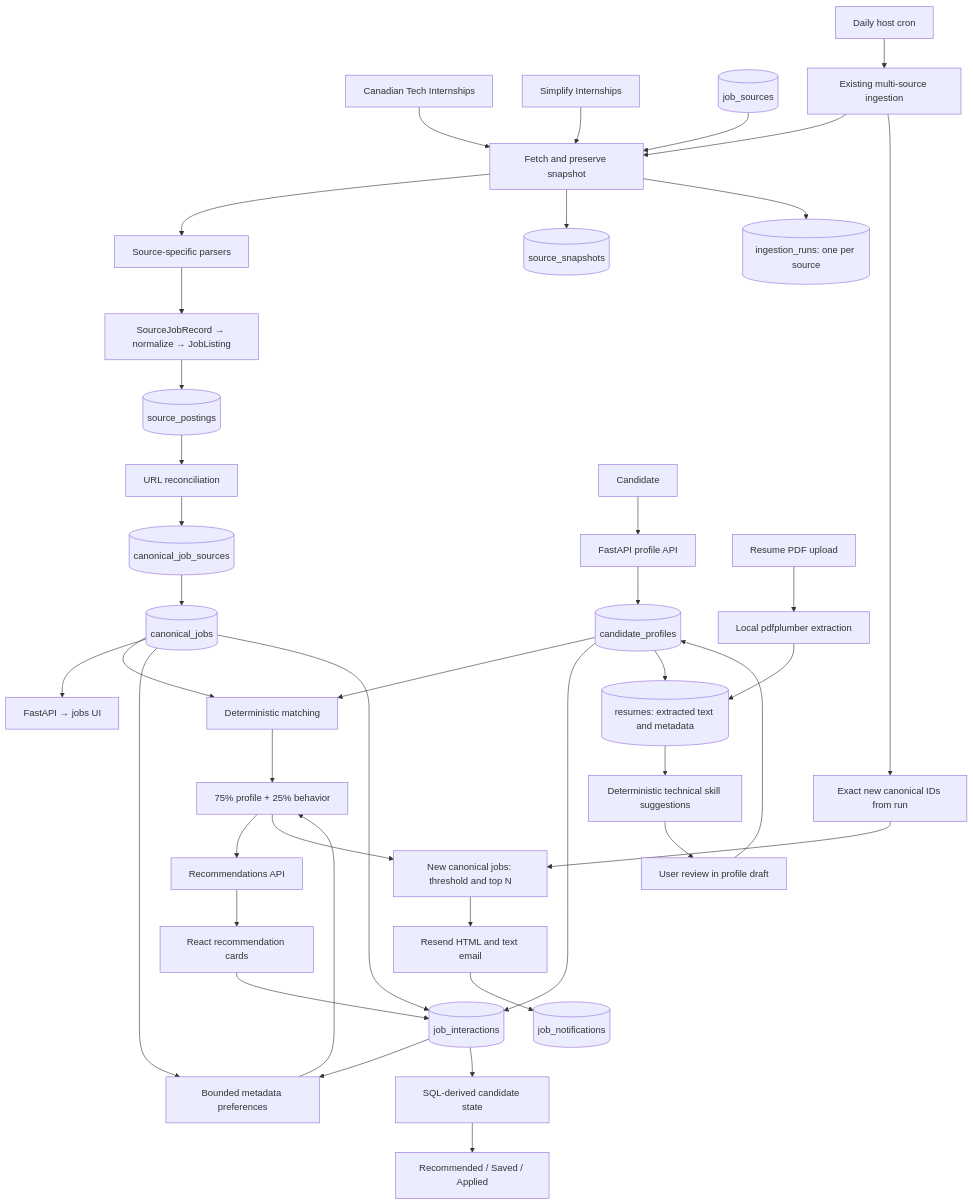
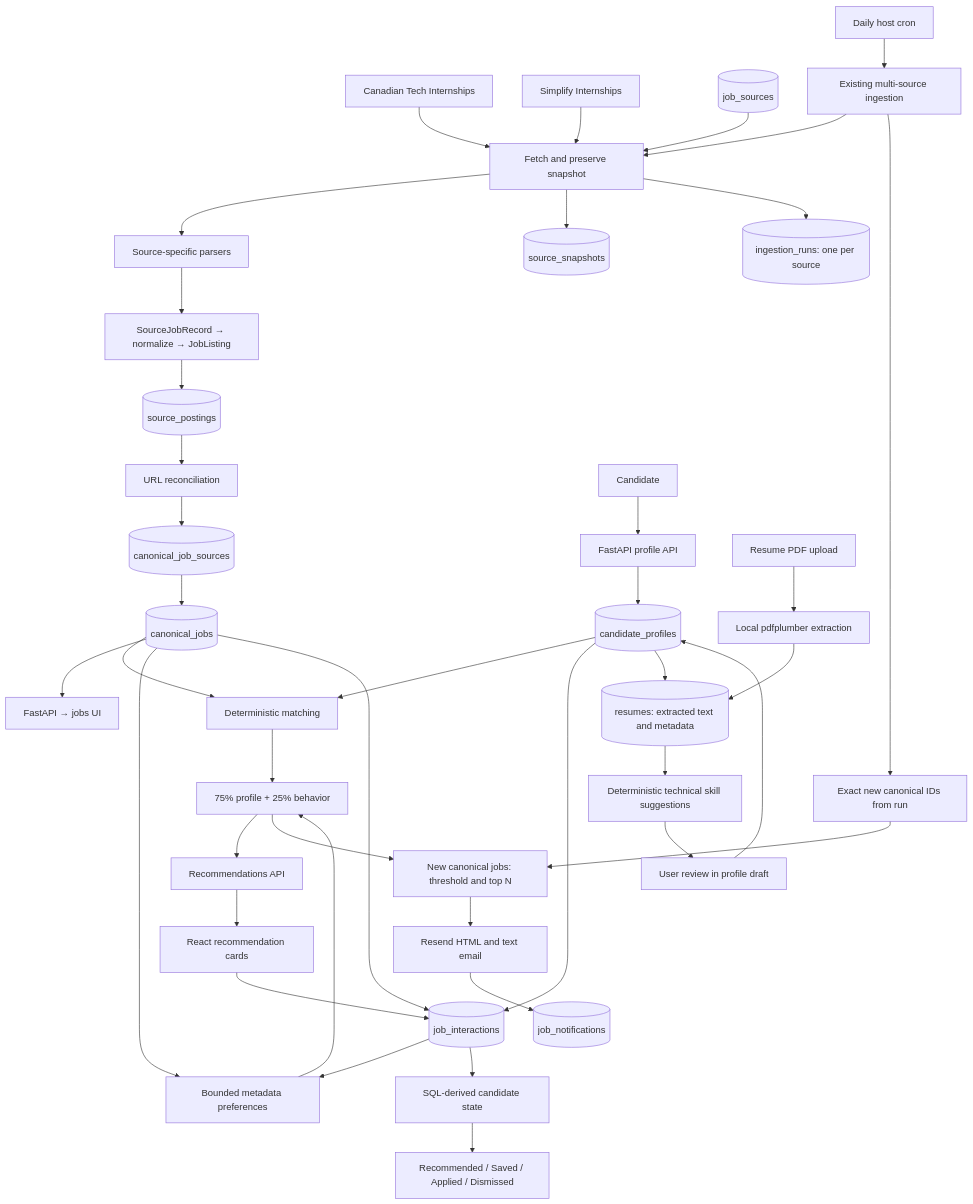
The diagram in README.md (aymaanalamgir/internshipfeed), drawn with Mermaid before and after one commit. The commit also changed other lines of this file and 24 other files, not shown here.

````diff
--- a/README.md
+++ b/README.md
@@ -7,43 +7,43 @@
 ```mermaid
 flowchart TD
     A[Canadian Tech Internships] --> F[Fetch and preserve snapshot]
     B[Simplify Internships] --> F
     F --> P[Source-specific parsers]
     P --> N[SourceJobRecord → normalize → JobListing]
     N --> SP[(source_postings)]
     SP --> R[URL reconciliation]
     R --> MAP[(canonical_job_sources)]
     MAP --> C[(canonical_jobs)]
     C --> API[FastAPI → jobs UI]
     F --> SS[(source_snapshots)]
     F --> RUN[(ingestion_runs: one per source)]
     JS[(job_sources)] --> F
     CAND[Candidate] --> PROFILE[FastAPI profile API]
     PROFILE --> CP[(candidate_profiles)]
     CP --> MATCH[Deterministic matching]
     C --> MATCH
     MATCH --> RANK[75% profile + 25% behavior]
     RANK --> RECS[Recommendations API]
     RECS --> CARDS[React recommendation cards]
     CARDS --> E[(job_interactions)]
     E --> BEHAVIOR[Bounded metadata preferences]
     C --> BEHAVIOR
     BEHAVIOR --> RANK
     E --> STATE[SQL-derived candidate state]
-    STATE --> VIEWS[Recommended / Saved / Applied]
+    STATE --> VIEWS[Recommended / Saved / Applied / Dismissed]
     CP[(candidate_profiles)] --> E[(job_interactions)]
     C --> E
     CP --> RES[(resumes: extracted text and metadata)]
     PDF[Resume PDF upload] --> EXTRACT[Local pdfplumber extraction]
     EXTRACT --> RES
     RES --> SKILLS[Deterministic technical skill suggestions]
     SKILLS --> REVIEW[User review in profile draft]
     REVIEW --> CP
     CRON[Daily host cron] --> INGEST[Existing multi-source ingestion]
     INGEST --> F
     INGEST --> NEW[Exact new canonical IDs from run]
     NEW --> DIGEST
     RANK --> DIGEST[New canonical jobs: threshold and top N]
     DIGEST --> EMAIL[Resend HTML and text email]
     EMAIL --> NOTIFICATIONS[(job_notifications)]
 ```
````
